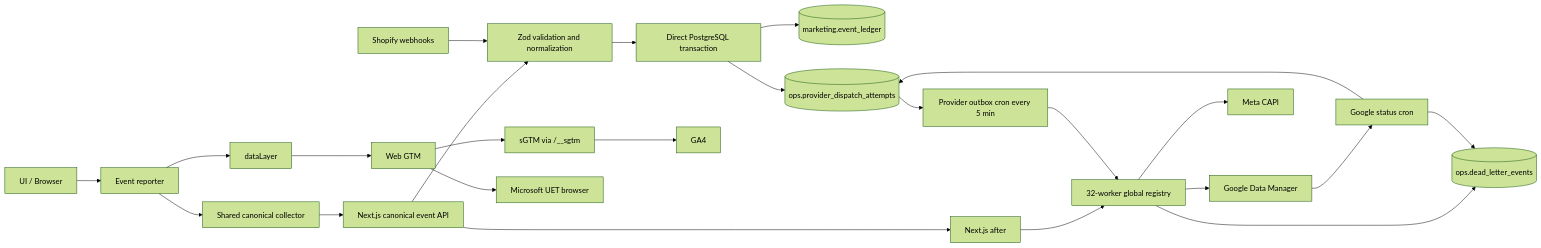
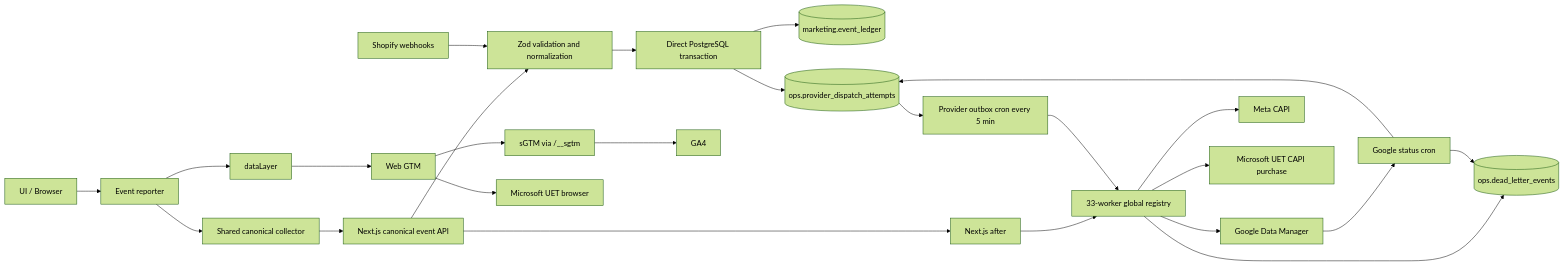
Before and after one commit to utekos-brand/utekos-headless: the first of 4 diagrams in docs/analytics/data-flow.md, drawn with Mermaid (forest theme). The commit also changed other lines of this file and 7 other files, not shown here.

First line of the commit message:
docs(analytics): refresh after UET CAPI purchase proof

````diff
--- a/docs/analytics/data-flow.md
+++ b/docs/analytics/data-flow.md
@@ -5,48 +5,49 @@
 ```mermaid
 flowchart LR
   UI[UI / Browser]
   Reporter[Event reporter]
   DL[dataLayer]
   Collector[Shared canonical collector]
   API[Next.js canonical event API]
   Validate[Zod validation and normalization]
   Tx[Direct PostgreSQL transaction]
   Ledger[(marketing.event_ledger)]
   Outbox[(ops.provider_dispatch_attempts)]
   After[Next.js after]
-  Registry[32-worker global registry]
+  Registry[33-worker global registry]
   Cron[Provider outbox cron every 5 min]
   Google[Google Data Manager]
   GoogleStatus[Google status cron]
   Meta[Meta CAPI]
   WebGTM[Web GTM]
   SGTM[sGTM via /__sgtm]
   GA4[GA4]
   UET[Microsoft UET browser]
   DLQ[(ops.dead_letter_events)]
   Shopify[Shopify webhooks]
 
   UI --> Reporter
   Reporter --> DL
   Reporter --> Collector
   Collector --> API
   API --> Validate
   Validate --> Tx
   Tx --> Ledger
   Tx --> Outbox
   API --> After
   After --> Registry
   Outbox --> Cron
   Cron --> Registry
   Registry --> Google
   Registry --> Meta
+  Registry --> MicrosoftCAPI[Microsoft UET CAPI purchase]
   Registry --> DLQ
   Google --> GoogleStatus
   GoogleStatus --> Outbox
   GoogleStatus --> DLQ
   DL --> WebGTM
   WebGTM --> SGTM
   SGTM --> GA4
   WebGTM --> UET
   Shopify --> Validate
 ```
````
